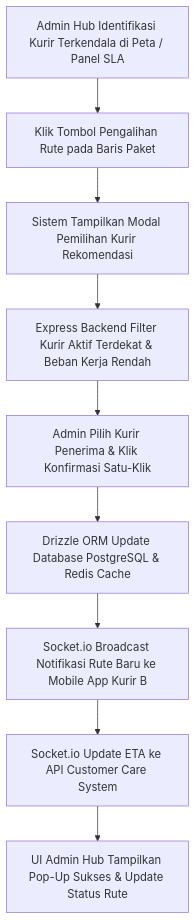
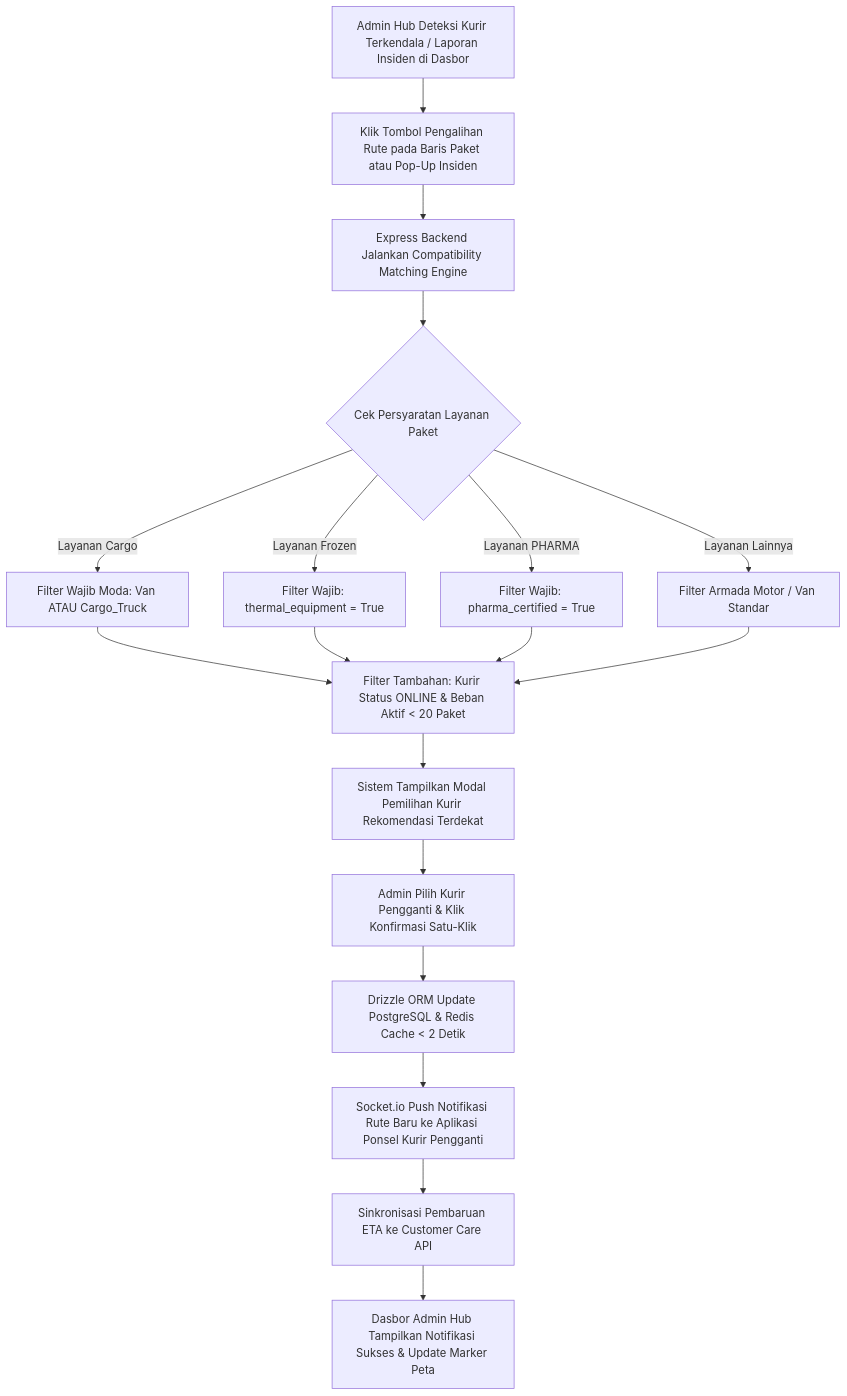
One commit to Ampasan/anteraja-capstone-naufalrakanramadhan changed the diagram in docs/frd/FRD-03-one-click-task-reassignment.md. Above: the diagram before and after it, drawn with Mermaid. The commit also changed other lines of this file and 7 other files, not shown here.

````diff
--- a/docs/frd/FRD-03-one-click-task-reassignment.md
+++ b/docs/frd/FRD-03-one-click-task-reassignment.md
@@ -21,11 +23,22 @@
 ```mermaid
 graph TD
-    A[Admin Hub Identifikasi Kurir Terkendala di Peta / Panel SLA] --> B[Klik Tombol Pengalihan Rute pada Baris Paket]
-    B --> C[Sistem Tampilkan Modal Pemilihan Kurir Rekomendasi]
-    C --> D[Express Backend Filter Kurir Aktif Terdekat & Beban Kerja Rendah]
-    D --> E[Admin Pilih Kurir Penerima & Klik Konfirmasi Satu-Klik]
-    E --> F[Drizzle ORM Update Database PostgreSQL & Redis Cache]
-    F --> G[Socket.io Broadcast Notifikasi Rute Baru ke Mobile App Kurir B]
-    G --> H[Socket.io Update ETA ke API Customer Care System]
-    H --> I[UI Admin Hub Tampilkan Pop-Up Sukses & Update Status Rute]
+    A[Admin Hub Deteksi Kurir Terkendala / Laporan Insiden di Dasbor] --> B[Klik Tombol Pengalihan Rute pada Baris Paket atau Pop-Up Insiden]
+    B --> C[Express Backend Jalankan Compatibility Matching Engine]
+    C --> D{Cek Persyaratan Layanan Paket}
+    D -- "Layanan Cargo" --> E1[Filter Wajib Moda: Van ATAU Cargo_Truck]
+    D -- "Layanan Frozen" --> E2[Filter Wajib: thermal_equipment = True]
+    D -- "Layanan PHARMA" --> E3[Filter Wajib: pharma_certified = True]
+    D -- "Layanan Lainnya" --> E4[Filter Armada Motor / Van Standar]
+    
+    E1 --> F[Filter Tambahan: Kurir Status ONLINE & Beban Aktif < 20 Paket]
+    E2 --> F
+    E3 --> F
+    E4 --> F
+    
+    F --> G[Sistem Tampilkan Modal Pemilihan Kurir Rekomendasi Terdekat]
+    G --> H[Admin Pilih Kurir Pengganti & Klik Konfirmasi Satu-Klik]
+    H --> I[Drizzle ORM Update PostgreSQL & Redis Cache < 2 Detik]
+    I --> J[Socket.io Push Notifikasi Rute Baru ke Aplikasi Ponsel Kurir Pengganti]
+    J --> K[Sinkronisasi Pembaruan ETA ke Customer Care API]
+    K --> L[Dasbor Admin Hub Tampilkan Notifikasi Sukses & Update Marker Peta]
 ```
````
